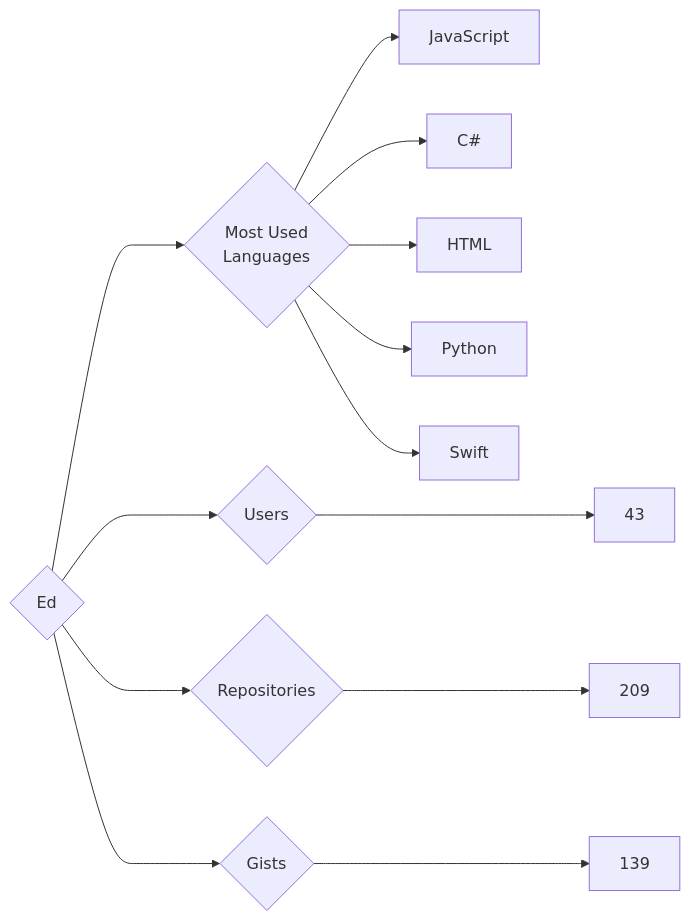
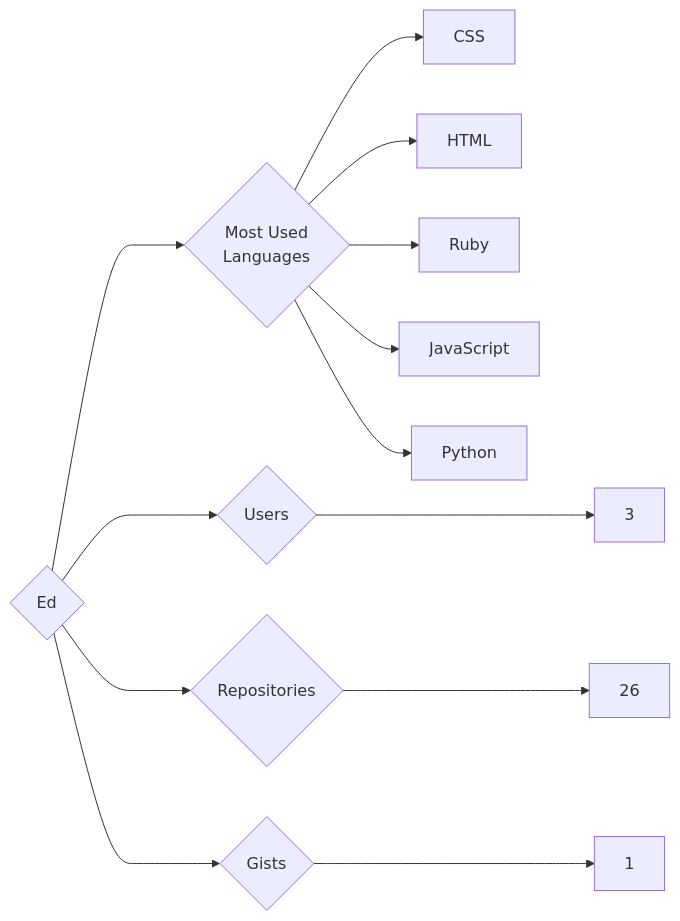
The diagram in targets/Ed/README.md (trickest/insiders), drawn with Mermaid before and after one commit. The commit also changed 611 other files, not shown here.

````diff
--- a/targets/Ed/README.md
+++ b/targets/Ed/README.md
@@ -3,13 +3,13 @@
 ```mermaid
 graph LR
 COMPANY_NAME{Ed}
-COMPANY_NAME ---> U{Users} ---> UN[43]
-COMPANY_NAME ---> R{Repositories} ---> RN[209]
-COMPANY_NAME ---> G{Gists} ---> GN[139]
+COMPANY_NAME ---> U{Users} ---> UN[3]
+COMPANY_NAME ---> R{Repositories} ---> RN[26]
+COMPANY_NAME ---> G{Gists} ---> GN[1]
 COMPANY_NAME ---> ML{Most Used<br>Languages}
+ML --> CSS[CSS]
+ML --> HTML[HTML]
+ML --> Ruby[Ruby]
 ML --> JavaScript[JavaScript]
-ML --> C#[C#]
-ML --> HTML[HTML]
 ML --> Python[Python]
-ML --> Swift[Swift]
 ```
````
